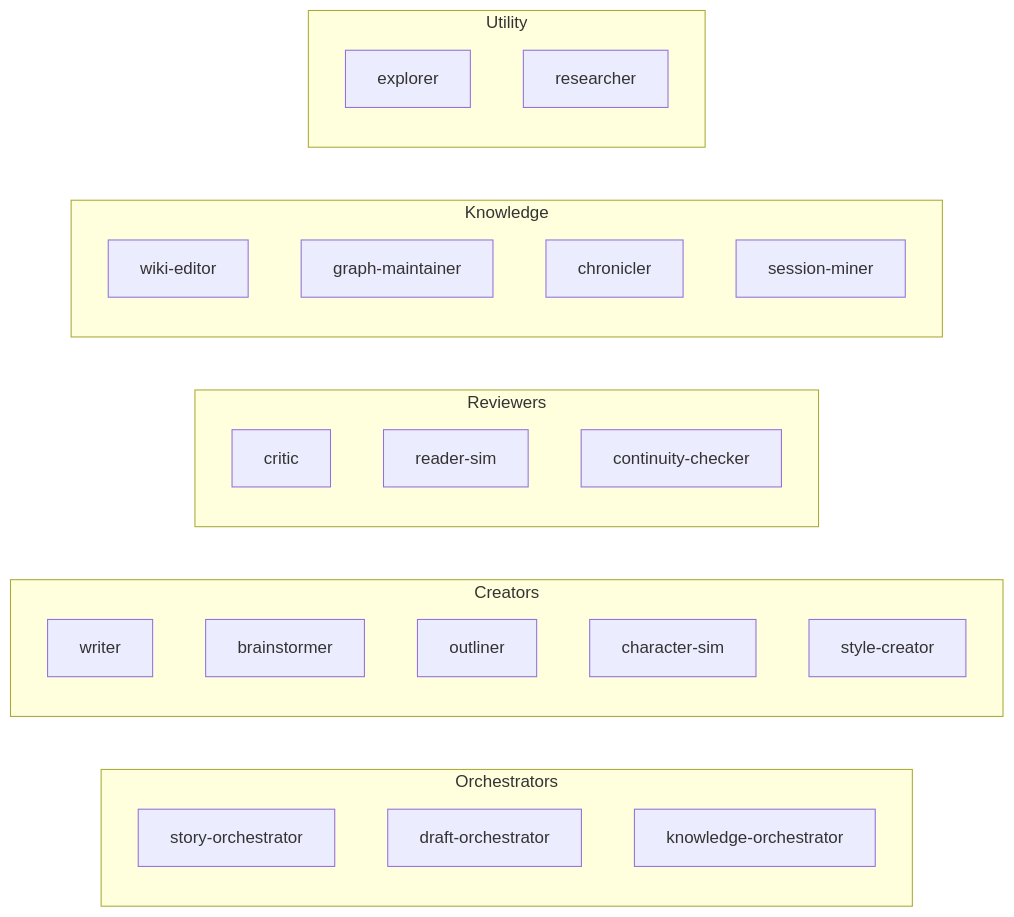
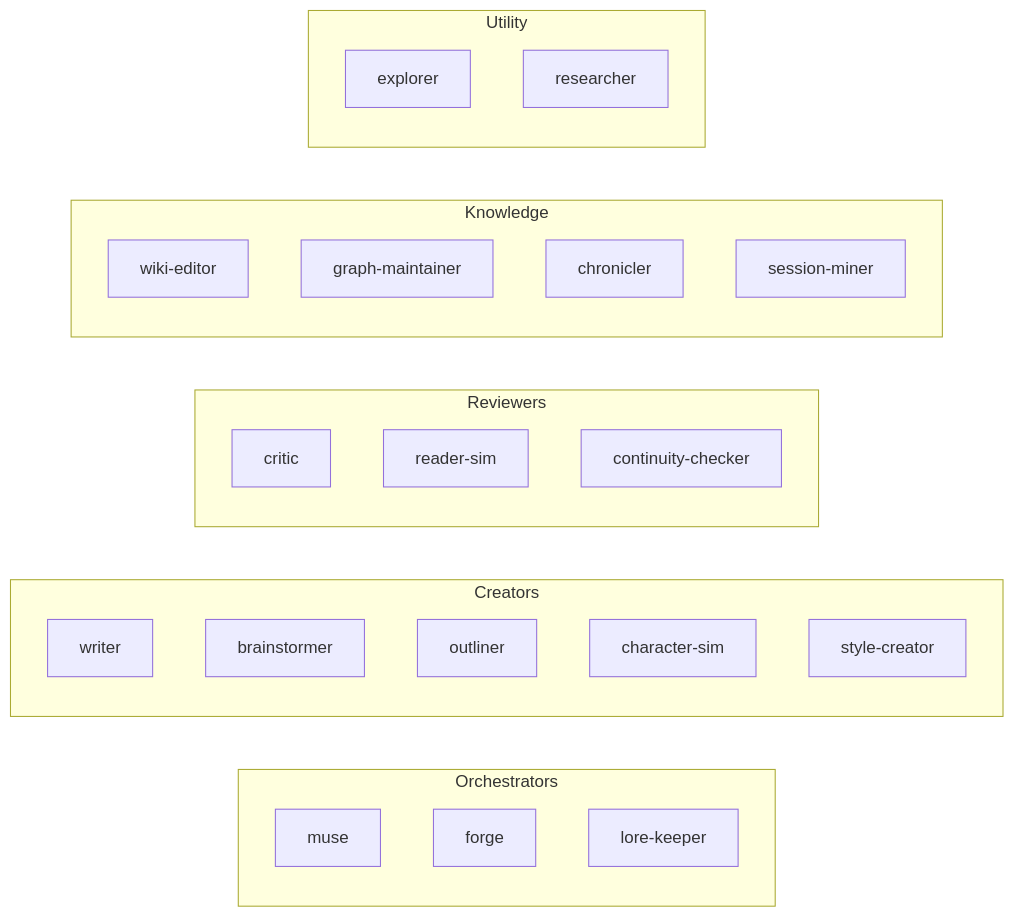
The second of 3 diagrams in README.md (haowjy/creative-writing-skills), drawn with Mermaid before and after one commit. The commit also changed other lines of this file and 47 other files, not shown here.

````diff
--- a/README.md
+++ b/README.md
@@ -111,34 +111,34 @@
 ```mermaid
 graph LR
     subgraph Orchestrators
-        SO[story-orchestrator]
-        DO[draft-orchestrator]
-        KO[knowledge-orchestrator]
+        M[muse]
+        F[forge]
+        LK[lore-keeper]
     end
 
     subgraph Creators
         W[writer]
         B[brainstormer]
         O[outliner]
         CS[character-sim]
         SC[style-creator]
     end
 
     subgraph Reviewers
         CR[critic]
         RS[reader-sim]
         CC[continuity-checker]
     end
 
     subgraph Knowledge
         WE[wiki-editor]
         GM[graph-maintainer]
         CH[chronicler]
         SM[session-miner]
     end
 
     subgraph Utility
         EX[explorer]
         RE[researcher]
     end
 ```
````
